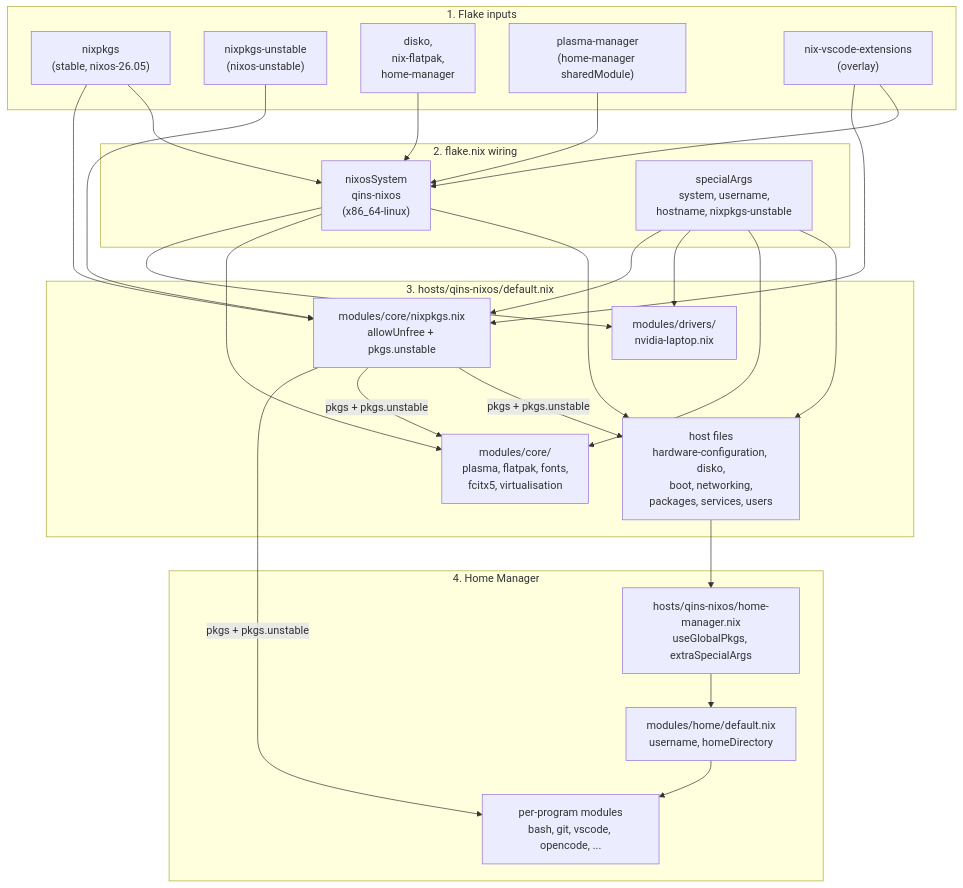
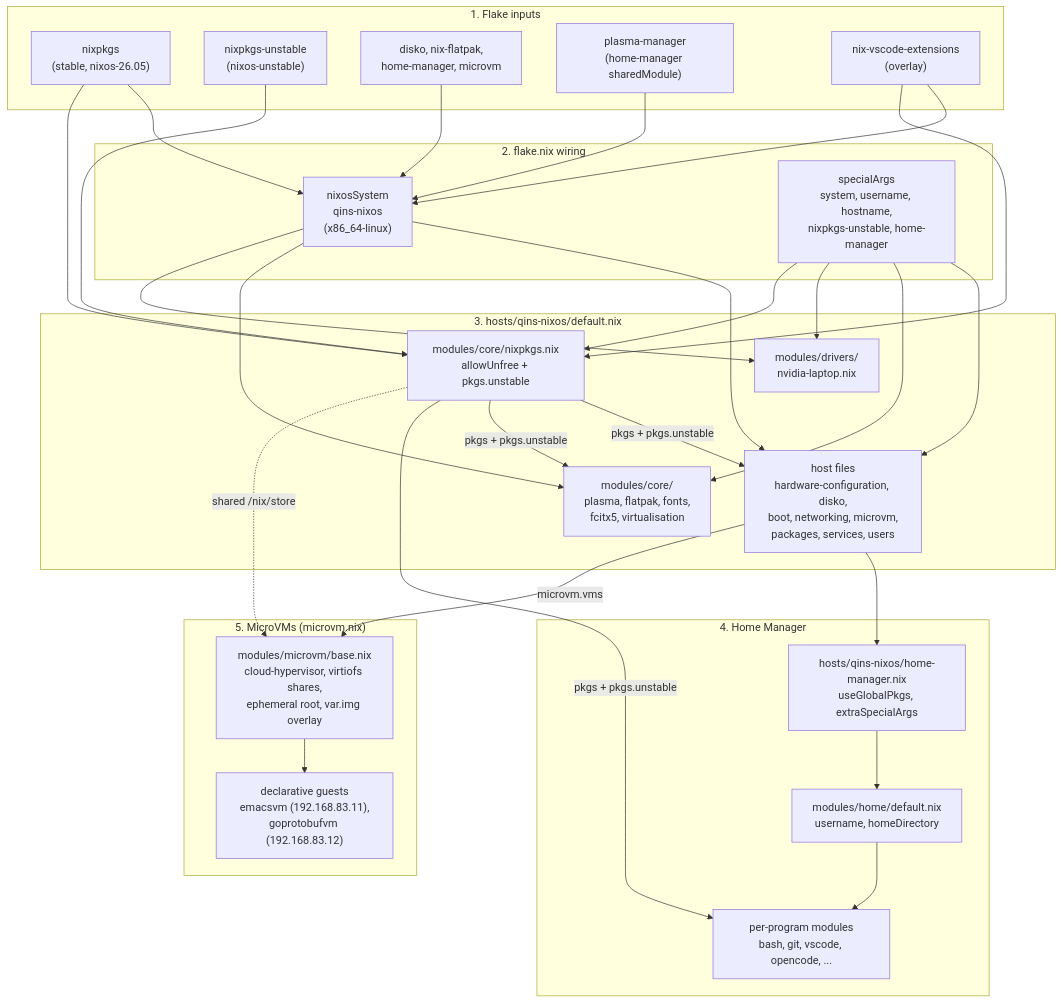
One commit to qin-guan/nixos changed the diagram in README.md. Above: the diagram before and after it, drawn with Mermaid. The commit also changed other lines of this file and 8 other files, not shown here.

````diff
--- a/README.md
+++ b/README.md
@@ -25,51 +26,60 @@
 ```mermaid
 flowchart TD
     subgraph Inputs["1. Flake inputs"]
         StableIn["nixpkgs<br/>(stable, nixos-26.05)"]
         UnstableIn["nixpkgs-unstable<br/>(nixos-unstable)"]
-        ExtMods["disko,<br/>nix-flatpak,<br/>home-manager"]
+        ExtMods["disko, nix-flatpak,<br/>home-manager, microvm"]
         PlasmaMgr["plasma-manager<br/>(home-manager sharedModule)"]
         VscodeExt["nix-vscode-extensions<br/>(overlay)"]
     end
 
     subgraph Flake["2. flake.nix wiring"]
         Sys["nixosSystem<br/>qins-nixos<br/>(x86_64-linux)"]
-        SpecialArgs["specialArgs<br/>system, username,<br/>hostname, nixpkgs-unstable"]
+        SpecialArgs["specialArgs<br/>system, username, hostname,<br/>nixpkgs-unstable, home-manager"]
     end
 
     subgraph Host["3. hosts/qins-nixos/default.nix"]
-        HostFiles["host files<br/>hardware-configuration, disko,<br/>boot, networking,<br/>packages, services, users"]
+        HostFiles["host files<br/>hardware-configuration, disko,<br/>boot, networking, microvm,<br/>packages, services, users"]
         Core["modules/core/<br/>plasma, flatpak, fonts,<br/>fcitx5, virtualisation"]
         Driver["modules/drivers/<br/>nvidia-laptop.nix"]
         PkgsCfg["modules/core/nixpkgs.nix<br/>allowUnfree + pkgs.unstable"]
     end
 
     subgraph Home["4. Home Manager"]
         HMBridge["hosts/qins-nixos/home-manager.nix<br/>useGlobalPkgs, extraSpecialArgs"]
         HomeRoot["modules/home/default.nix<br/>username, homeDirectory"]
         Programs["per-program modules<br/>bash, git, vscode, opencode, ..."]
+    end
+
+    subgraph MicroVMs["5. MicroVMs (microvm.nix)"]
+        VMBase["modules/microvm/base.nix<br/>cloud-hypervisor, virtiofs shares,<br/>ephemeral root, var.img overlay"]
+        VMGuests["declarative guests<br/>emacsvm (192.168.83.11),<br/>goprotobufvm (192.168.83.12)"]
     end
 
     StableIn --> Sys
     ExtMods --> Sys
     PlasmaMgr --> Sys
     VscodeExt --> Sys
     Sys --> HostFiles
     Sys --> Core
     Sys --> Driver
     SpecialArgs --> HostFiles
     SpecialArgs --> Core
     SpecialArgs --> Driver
     SpecialArgs --> PkgsCfg
     StableIn --> PkgsCfg
     UnstableIn --> PkgsCfg
     VscodeExt --> PkgsCfg
 
     PkgsCfg -- "pkgs + pkgs.unstable" --> HostFiles
     PkgsCfg -- "pkgs + pkgs.unstable" --> Core
     PkgsCfg -- "pkgs + pkgs.unstable" --> Programs
 
     HostFiles --> HMBridge
     HMBridge --> HomeRoot
     HomeRoot --> Programs
+
+    HostFiles -- "microvm.vms" --> VMBase
+    VMBase --> VMGuests
+    PkgsCfg -. "shared /nix/store" .-> VMBase
 ```
````
